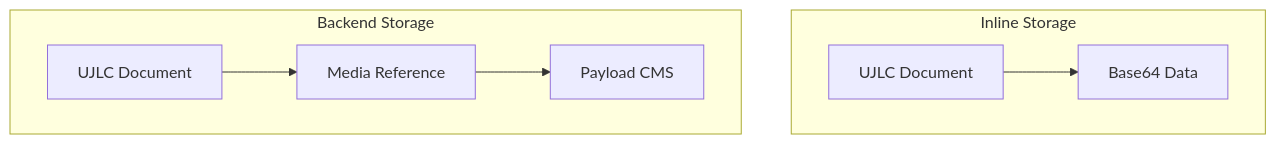
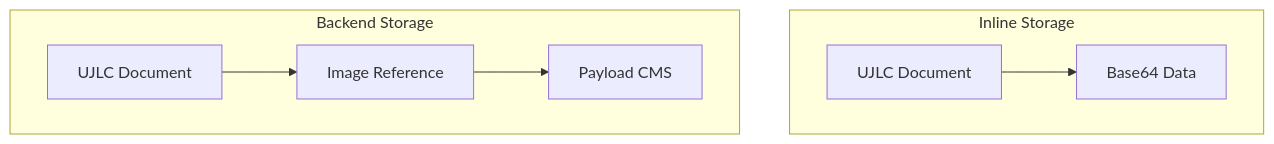
One commit to mainzcript/ujl changed the ninth of 10 diagrams in apps/docs/src/arc42/08-crosscutting-concepts.md. Above: the diagram before and after it, drawn with Mermaid. The commit also changed other lines of this file and 11 other files, not shown here.

Commit message:
refactor: rename media terminology to image across documentation and update related configurations

````diff
--- a/apps/docs/src/arc42/08-crosscutting-concepts.md
+++ b/apps/docs/src/arc42/08-crosscutting-concepts.md
@@ -813,16 +802,16 @@
 ```mermaid
 graph TB
     subgraph InlineStorage["Inline Storage"]
         InlineDoc["UJLC Document"]
         Base64["Base64 Data"]
         InlineDoc --> Base64
     end
 
     subgraph BackendStorage["Backend Storage"]
         BackendDoc["UJLC Document"]
-        MediaRef["Media Reference"]
+        ImageRef["Image Reference"]
         PayloadCMS["Payload CMS"]
-        BackendDoc --> MediaRef
-        MediaRef --> PayloadCMS
+        BackendDoc --> ImageRef
+        ImageRef --> PayloadCMS
     end
 ```
````
